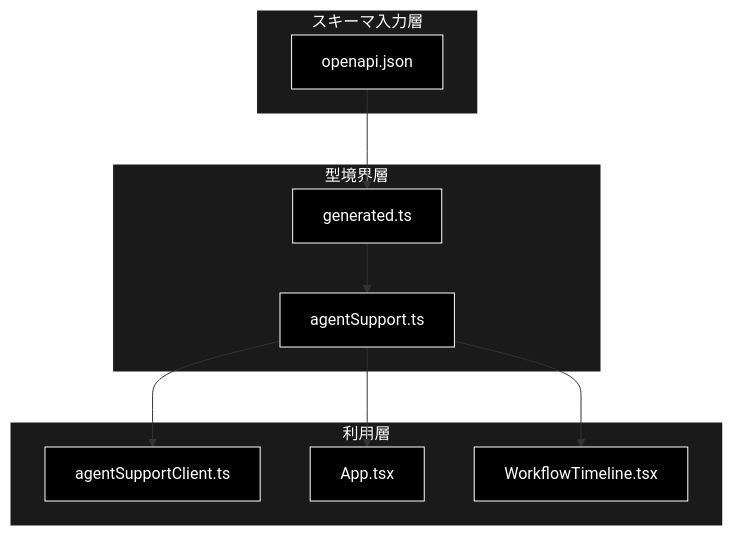
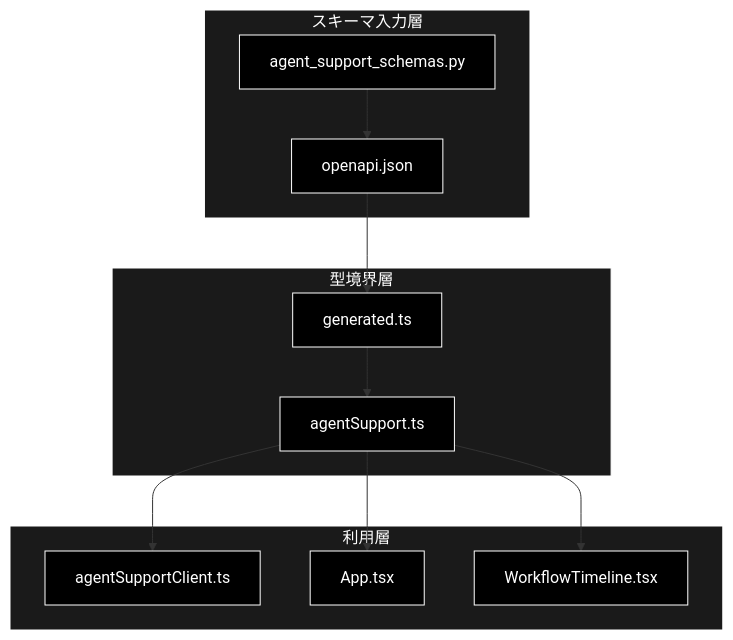
One commit to nakashima2toshio/grace_agent_v2_react_openai changed the first of 3 diagrams in frontend/docs/agentSupportTypes.md. Above: the diagram before and after it, drawn with Mermaid. The commit also changed other lines of this file and 14 other files, not shown here.

````diff
--- a/frontend/docs/agentSupportTypes.md
+++ b/frontend/docs/agentSupportTypes.md
@@ -52,25 +55,26 @@
 ```mermaid
 flowchart TB
     subgraph Input["スキーマ入力層"]
+        Backend["agent_support_schemas.py"]
         OpenAPI["openapi.json"]
     end
     subgraph Type["型境界層"]
         Generated["generated.ts"]
         Support["agentSupport.ts"]
     end
     subgraph Consumer["利用層"]
         Client["agentSupportClient.ts"]
         App["App.tsx"]
         Timeline["WorkflowTimeline.tsx"]
     end
-    OpenAPI --> Generated --> Support
+    Backend --> OpenAPI --> Generated --> Support
     Support --> Client
     Support --> App
     Support --> Timeline
 classDef default fill:#000,stroke:#fff,color:#fff
 classDef subgraphStyle fill:#1a1a1a,stroke:#fff,color:#fff
-class OpenAPI,Generated,Support,Client,App,Timeline default
+class Backend,OpenAPI,Generated,Support,Client,App,Timeline default
 style Input fill:#1a1a1a,stroke:#fff,color:#fff
 style Type fill:#1a1a1a,stroke:#fff,color:#fff
 style Consumer fill:#1a1a1a,stroke:#fff,color:#fff
 ```
````
